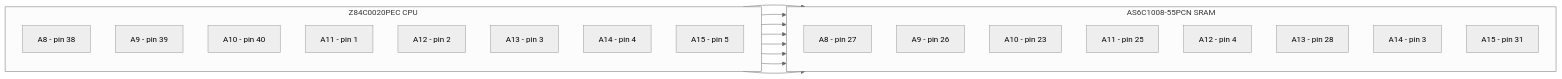
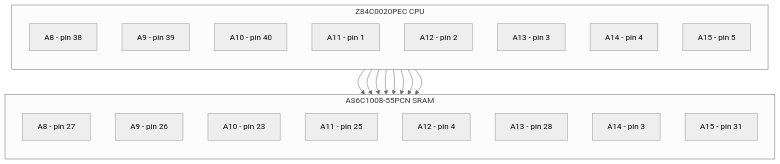
The second of 9 diagrams in README.md (gloveboxes/Z80ROMlessSBC), drawn with Mermaid (neutral theme) before and after one commit. The commit also changed other lines of this file and 5 other files, not shown here.

First line of the commit message:
Add script to generate PDF from README with Mermaid diagrams

````diff
--- a/README.md
+++ b/README.md
@@ -484,33 +508,33 @@
 ```mermaid
-flowchart LR
+flowchart TB
   subgraph CPU[Z84C0020PEC CPU]
     direction TB
     CA8["A8 - pin 38"]
     CA9["A9 - pin 39"]
     CA10["A10 - pin 40"]
     CA11["A11 - pin 1"]
     CA12["A12 - pin 2"]
     CA13["A13 - pin 3"]
     CA14["A14 - pin 4"]
     CA15["A15 - pin 5"]
   end
   subgraph SRAM[AS6C1008-55PCN SRAM]
     direction TB
     RA8["A8 - pin 27"]
     RA9["A9 - pin 26"]
     RA10["A10 - pin 23"]
     RA11["A11 - pin 25"]
     RA12["A12 - pin 4"]
     RA13["A13 - pin 28"]
     RA14["A14 - pin 3"]
     RA15["A15 - pin 31"]
   end
   CA8 --> RA8
   CA9 --> RA9
   CA10 --> RA10
   CA11 --> RA11
   CA12 --> RA12
   CA13 --> RA13
   CA14 --> RA14
   CA15 --> RA15
 ```
````
